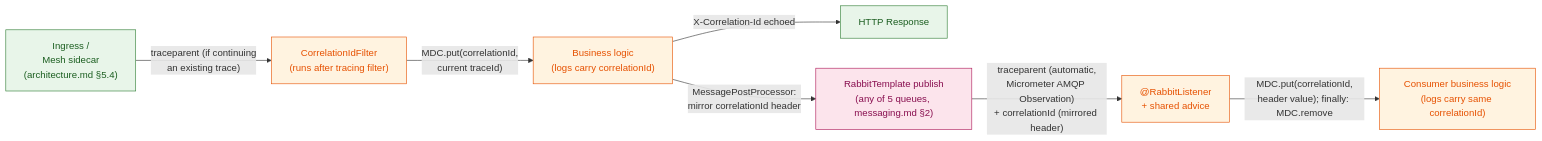
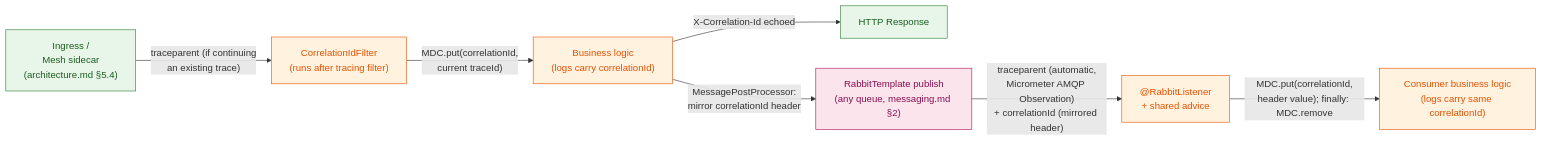
The first of 2 diagrams in docs/technical-design/platform/observability.md (tiennt220805/UniHub), drawn with Mermaid before and after one commit. The commit also changed other lines of this file and 14 other files, not shown here.

````diff
--- a/docs/technical-design/platform/observability.md
+++ b/docs/technical-design/platform/observability.md
@@ -122,17 +124,17 @@
 ```mermaid
 flowchart LR
     Ingress["Ingress /\nMesh sidecar\n(architecture.md §5.4)"] -->|"traceparent (if continuing\nan existing trace)"| Filter["CorrelationIdFilter\n(runs after tracing filter)"]
     Filter -->|"MDC.put(correlationId,\ncurrent traceId)"| Business["Business logic\n(logs carry correlationId)"]
     Business -->|"X-Correlation-Id echoed"| Response["HTTP Response"]
-    Business -->|"MessagePostProcessor:\nmirror correlationId header"| Publish["RabbitTemplate publish\n(any of 5 queues, messaging.md §2)"]
+    Business -->|"MessagePostProcessor:\nmirror correlationId header"| Publish["RabbitTemplate publish\n(any queue, messaging.md §2)"]
     Publish -->|"traceparent (automatic,\nMicrometer AMQP Observation)\n+ correlationId (mirrored header)"| Consume["@RabbitListener\n+ shared advice"]
     Consume -->|"MDC.put(correlationId,\nheader value); finally: MDC.remove"| ConsumerLogic["Consumer business logic\n(logs carry same correlationId)"]
 
     classDef edgeStyle fill:#E8F5E9,stroke:#2E7D32,color:#1B5E20
     classDef appStyle fill:#FFF3E0,stroke:#E65100,color:#E65100
     classDef brokerStyle fill:#FCE4EC,stroke:#AD1457,color:#880E4F
 
     class Ingress,Response edgeStyle
     class Filter,Business,Consume,ConsumerLogic appStyle
     class Publish brokerStyle
 ```
````
